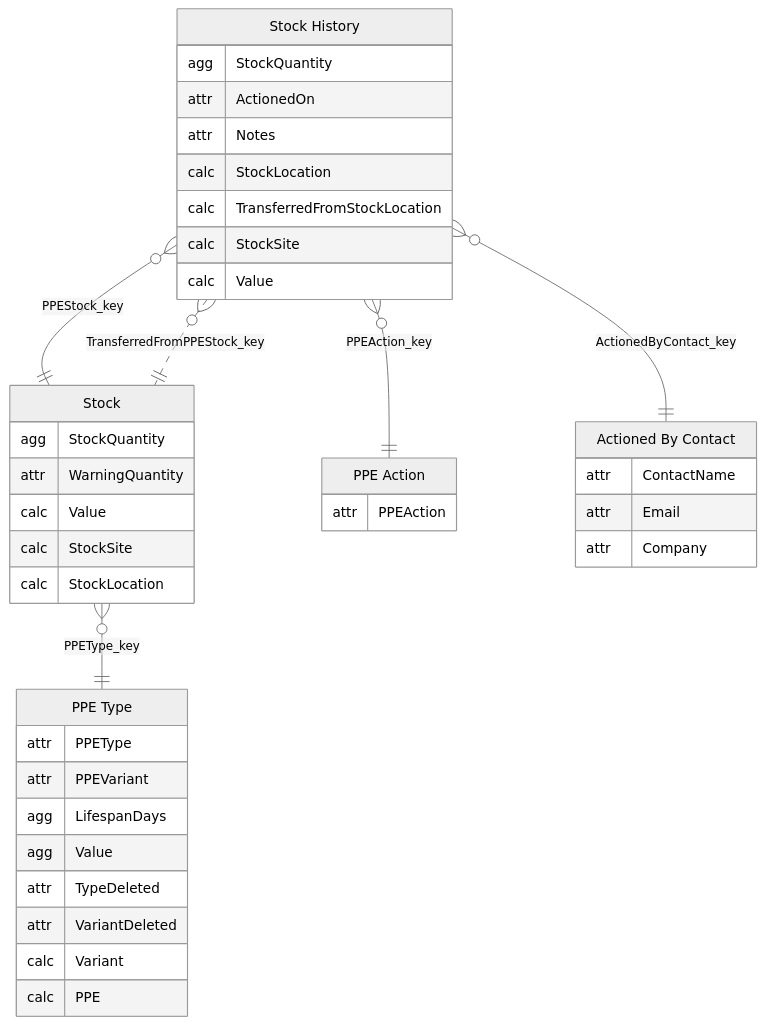
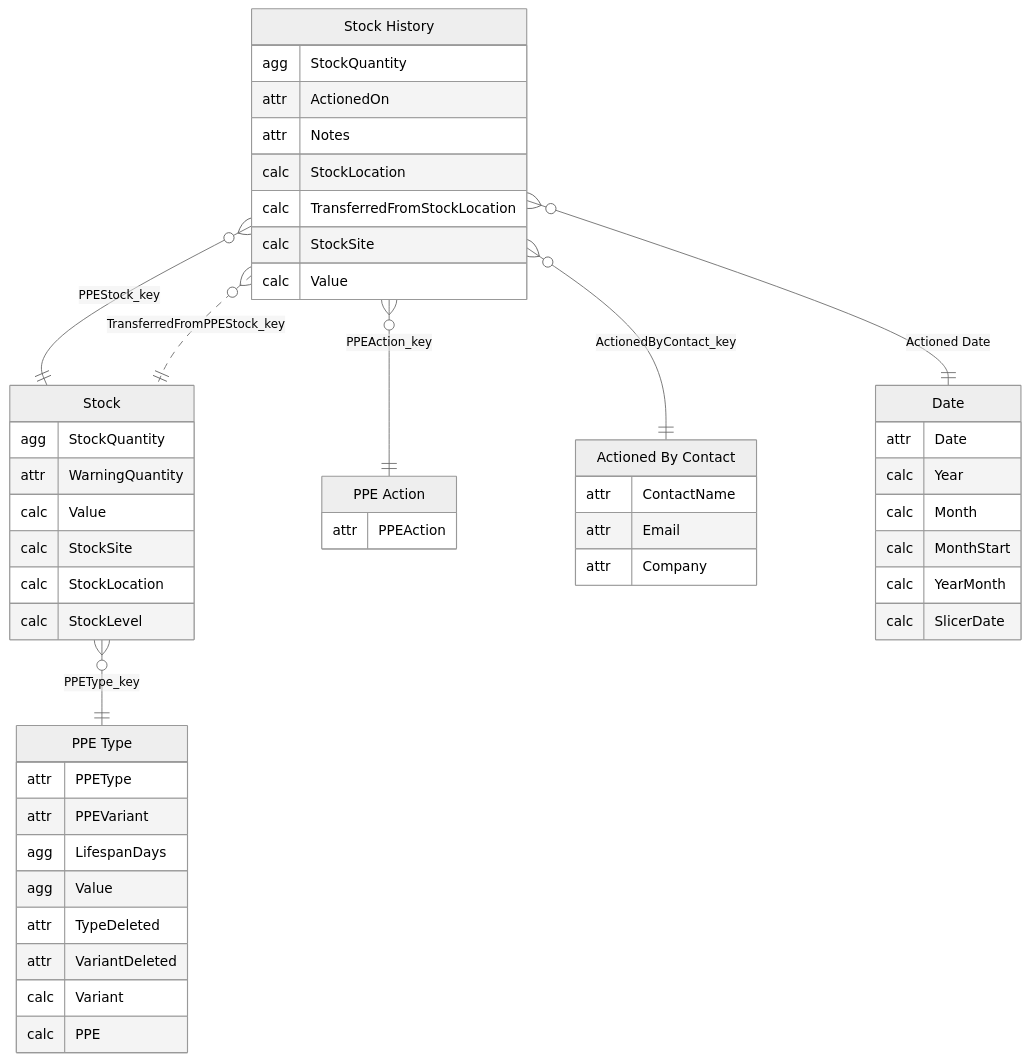
Before and after one commit to work-wallet/BIClient: the second of 5 diagrams in PowerBISamplesModels/PPE.md, drawn with Mermaid. The commit also changed other lines of this file and 816 other files, not shown here.

````diff
--- a/PowerBISamplesModels/PPE.md
+++ b/PowerBISamplesModels/PPE.md
@@ -61,46 +62,56 @@
 ```mermaid
 ---
 config:
   theme: neutral
 ---
 erDiagram
     "Stock" {
         agg StockQuantity
         attr WarningQuantity
         calc Value
         calc StockSite
         calc StockLocation
+        calc StockLevel
     }
     "Stock History" {
         agg StockQuantity
         attr ActionedOn
         attr Notes
         calc StockLocation
         calc TransferredFromStockLocation
         calc StockSite
         calc Value
     }
     "PPE Type" {
         attr PPEType
         attr PPEVariant
         agg LifespanDays
         agg Value
         attr TypeDeleted
         attr VariantDeleted
         calc Variant
         calc PPE
     }
     "PPE Action" {
         attr PPEAction
     }
     "Actioned By Contact" {
         attr ContactName
         attr Email
         attr Company
     }
+    "Date" {
+        attr Date
+        calc Year
+        calc Month
+        calc MonthStart
+        calc YearMonth
+        calc SlicerDate
+    }
     "Stock" }o--|| "PPE Type" : "PPEType_key"
     "Stock History" }o--|| "PPE Action" : "PPEAction_key"
     "Stock History" }o--|| "Stock" : "PPEStock_key"
     "Stock History" }o..|| "Stock" : "TransferredFromPPEStock_key"
     "Stock History" }o--|| "Actioned By Contact" : "ActionedByContact_key"
+    "Stock History" }o--|| "Date" : "Actioned Date"
 ```
````
